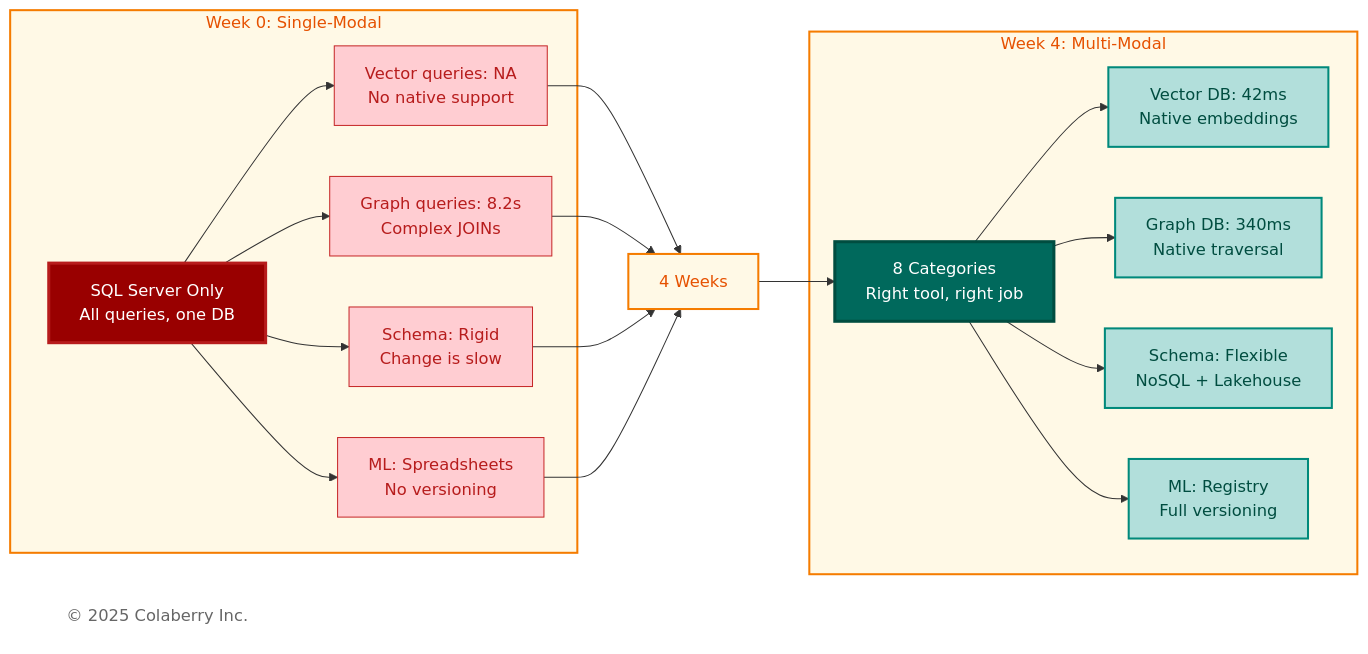
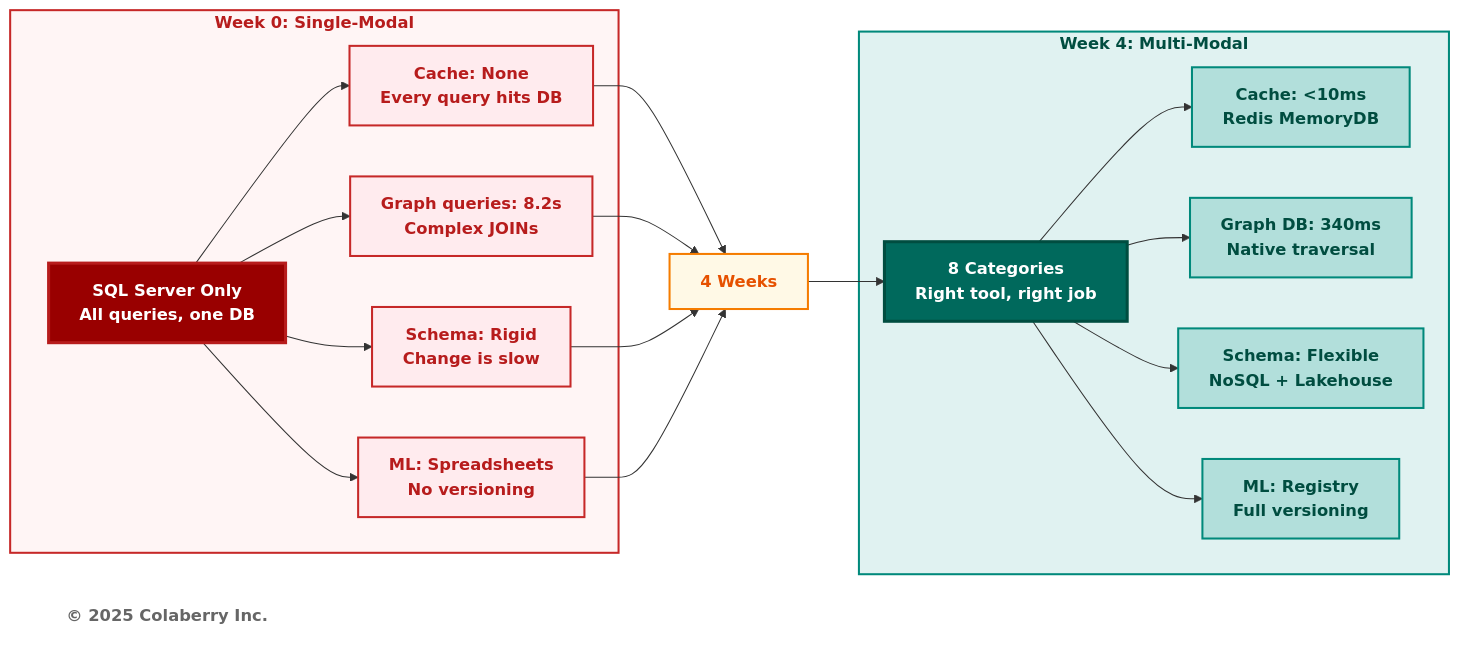
One commit to colaberry/trust-before-intelligence-book changed the sixth of 11 diagrams in manuscript/05_chapter_4_foundation_layers.md. Above: the diagram before and after it, drawn with Mermaid. The commit also changed other lines of this file, not shown here.

First line of the commit message:
cleaning up the diagrams & narrative

````diff
--- a/manuscript/05_chapter_4_foundation_layers.md
+++ b/manuscript/05_chapter_4_foundation_layers.md
@@ -657,53 +657,51 @@
 ```mermaid
-
 graph LR
-    subgraph BEFORE["Week 0: Single-Modal"]
-        OLD["SQL Server Only<br/>All queries, one DB"]
-        P1["Vector queries: NA<br/>No native support"]
-        P2["Graph queries: 8.2s<br/>Complex JOINs"]
-        P3["Schema: Rigid<br/>Change is slow"]
-        P4["ML: Spreadsheets<br/>No versioning"]
+    subgraph BEFORE["<b>Week 0: Single-Modal</b>"]
+        OLD["<b>SQL Server Only</b><br/><b>All queries, one DB</b>"]
+        P1["<b>Cache: None</b><br/><b>Every query hits DB</b>"]
+        P2["<b>Graph queries: 8.2s</b><br/><b>Complex JOINs</b>"]
+        P3["<b>Schema: Rigid</b><br/><b>Change is slow</b>"]
+        P4["<b>ML: Spreadsheets</b><br/><b>No versioning</b>"]
     end
     
-    TRANSFORM["4 Weeks"]
+    TRANSFORM["<b>4 Weeks</b>"]
     
-    subgraph AFTER["Week 4: Multi-Modal"]
-        NEW["8 Categories<br/>Right tool, right job"]
-        S1["Vector DB: 42ms<br/>Native embeddings"]
-        S2["Graph DB: 340ms<br/>Native traversal"]
-        S3["Schema: Flexible<br/>NoSQL + Lakehouse"]
-        S4["ML: Registry<br/>Full versioning"]
+    subgraph AFTER["<b>Week 4: Multi-Modal</b>"]
+        NEW["<b>8 Categories</b><br/><b>Right tool, right job</b>"]
+        S1["<b>Cache: &lt;10ms</b><br/><b>Redis MemoryDB</b>"]
+        S2["<b>Graph DB: 340ms</b><br/><b>Native traversal</b>"]
+        S3["<b>Schema: Flexible</b><br/><b>NoSQL + Lakehouse</b>"]
+        S4["<b>ML: Registry</b><br/><b>Full versioning</b>"]
     end
     
-    Copyright["© 2025 Colaberry Inc."]
+    Copyright["<b>© 2025 Colaberry Inc.</b>"]
 
     OLD --> P1
     OLD --> P2
     OLD --> P3
     OLD --> P4
     P1 --> TRANSFORM
     P2 --> TRANSFORM
     P3 --> TRANSFORM
     P4 --> TRANSFORM
     TRANSFORM --> NEW
     NEW --> S1
     NEW --> S2
     NEW --> S3
     NEW --> S4
 
-    style BEFORE fill:#fff9e6,stroke:#f57c00,stroke-width:2px,color:#e65100
+    style BEFORE fill:#fff5f5,stroke:#c62828,stroke-width:2px,color:#b71c1c
     style OLD fill:#990000,color:#ffffff,stroke:#b71c1c,stroke-width:3px
-    style P1 fill:#ffcdd2,stroke:#c62828,stroke-width:1px,color:#b71c1c
-    style P2 fill:#ffcdd2,stroke:#c62828,stroke-width:1px,color:#b71c1c
-    style P3 fill:#ffcdd2,stroke:#c62828,stroke-width:1px,color:#b71c1c
-    style P4 fill:#ffcdd2,stroke:#c62828,stroke-width:1px,color:#b71c1c
+    style P1 fill:#ffebee,stroke:#c62828,stroke-width:2px,color:#b71c1c
+    style P2 fill:#ffebee,stroke:#c62828,stroke-width:2px,color:#b71c1c
+    style P3 fill:#ffebee,stroke:#c62828,stroke-width:2px,color:#b71c1c
+    style P4 fill:#ffebee,stroke:#c62828,stroke-width:2px,color:#b71c1c
     style TRANSFORM fill:#fff9e6,stroke:#f57c00,stroke-width:2px,color:#e65100
-    style AFTER fill:#fff9e6,stroke:#f57c00,stroke-width:2px,color:#e65100
+    style AFTER fill:#e0f2f1,stroke:#00897b,stroke-width:2px,color:#004d40
     style NEW fill:#00695c,color:#ffffff,stroke:#004d40,stroke-width:3px
     style S1 fill:#b2dfdb,stroke:#00897b,stroke-width:2px,color:#004d40
     style S2 fill:#b2dfdb,stroke:#00897b,stroke-width:2px,color:#004d40
     style S3 fill:#b2dfdb,stroke:#00897b,stroke-width:2px,color:#004d40
     style S4 fill:#b2dfdb,stroke:#00897b,stroke-width:2px,color:#004d40
     style Copyright fill:#ffffff,stroke:none,color:#666666
-
 ```
````
